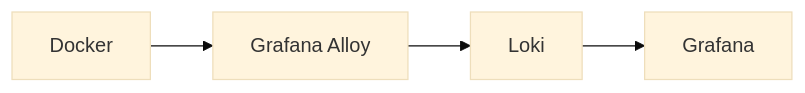
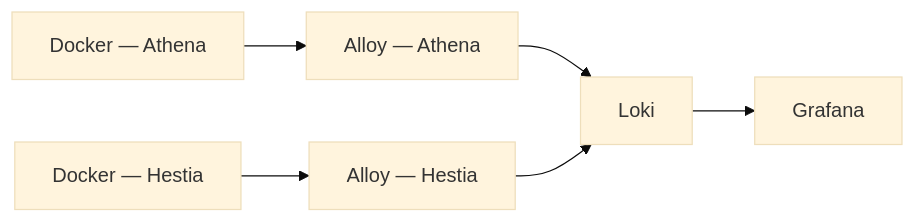
Before and after one commit to SwapnajXD/HomeLab: the second of 3 diagrams in docs/inventory.md, drawn with Mermaid (base theme). The commit also changed other lines of this file and 16 other files, not shown here.

````diff
--- a/docs/inventory.md
+++ b/docs/inventory.md
@@ -254,4 +317,8 @@
 ```mermaid
 flowchart LR
-    D[Docker] --> A[Grafana Alloy] --> L[Loki] --> G[Grafana]
+    D1[Docker — Athena] --> A1[Alloy — Athena]
+    D2[Docker — Hestia] --> A2[Alloy — Hestia]
+    A1 --> L[Loki]
+    A2 --> L
+    L --> G[Grafana]
 ```
````
